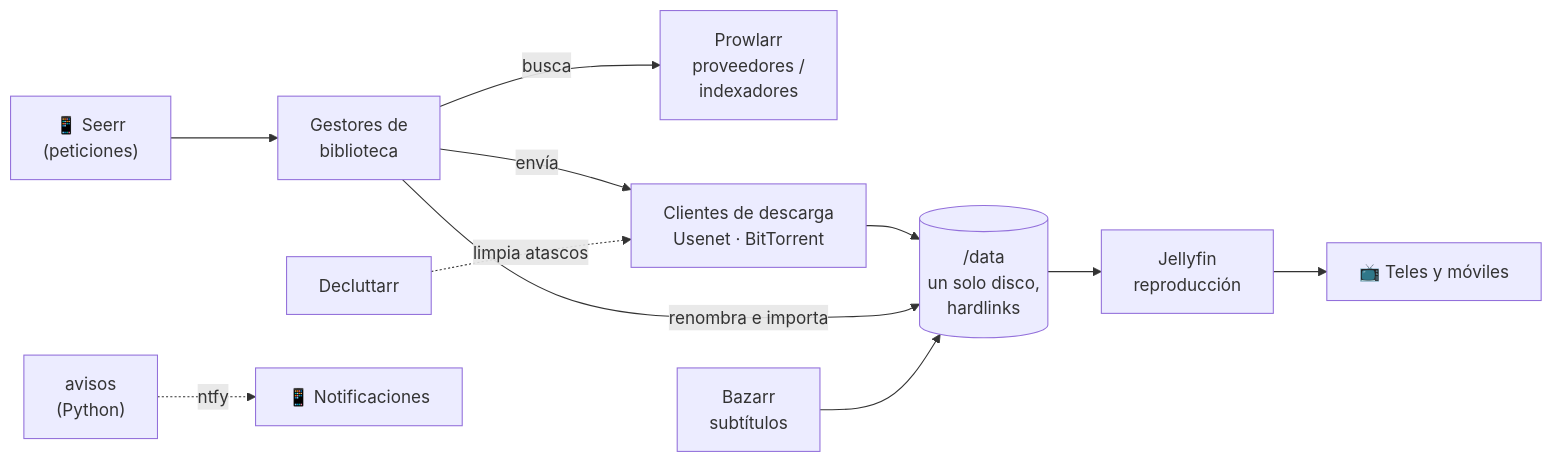
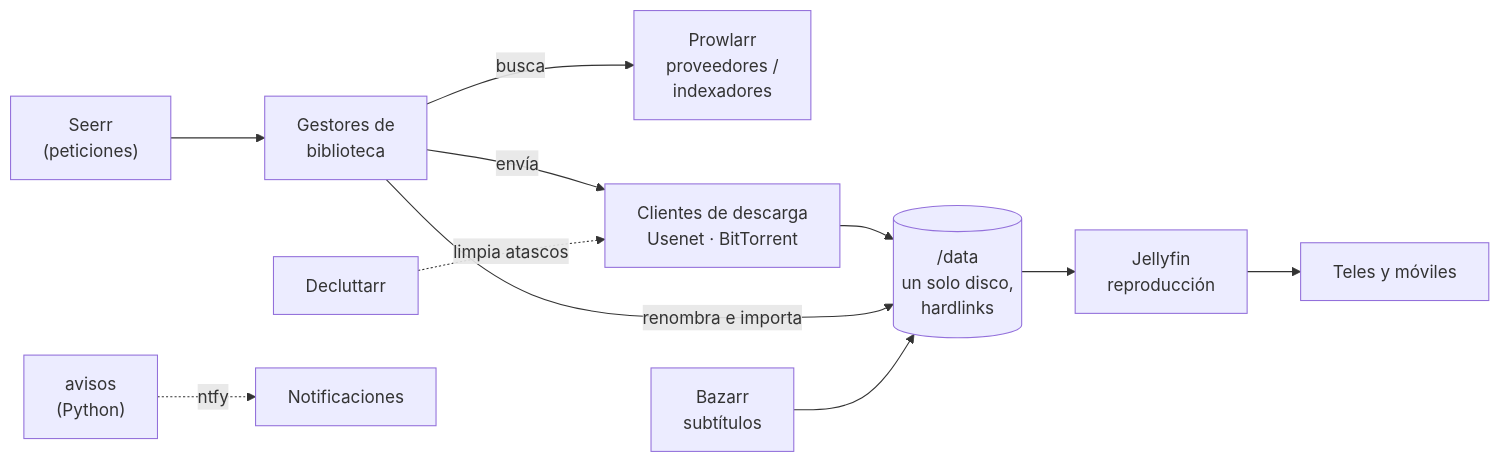
Before and after one commit to m0uwastaken/homelab: the second of 4 diagrams in README.md, drawn with Mermaid. The commit also changed other lines of this file and 8 other files, not shown here.

First line of the commit message:
Actualiza el diagrama de red con el switch y quita los emojis de los diagramas

````diff
--- a/README.md
+++ b/README.md
@@ -121,13 +125,13 @@
 ```mermaid
 flowchart LR
-    M["📱 Seerr<br/>(peticiones)"] --> ARR["Gestores de<br/>biblioteca"]
+    M["Seerr<br/>(peticiones)"] --> ARR["Gestores de<br/>biblioteca"]
     ARR -->|busca| PROW["Prowlarr<br/>proveedores /<br/>indexadores"]
     ARR -->|envía| DL["Clientes de descarga<br/>Usenet · BitTorrent"]
     DL --> DATA[("/data<br/>un solo disco,<br/>hardlinks")]
     ARR -->|renombra e importa| DATA
     BAZ["Bazarr<br/>subtítulos"] --> DATA
     DATA --> JF["Jellyfin<br/>reproducción"]
-    JF --> TV["📺 Teles y móviles"]
+    JF --> TV["Teles y móviles"]
     DEC["Decluttarr"] -.->|limpia atascos| DL
-    AV["avisos<br/>(Python)"] -.->|ntfy| PH["📱 Notificaciones"]
+    AV["avisos<br/>(Python)"] -.->|ntfy| PH["Notificaciones"]
 ```
````
